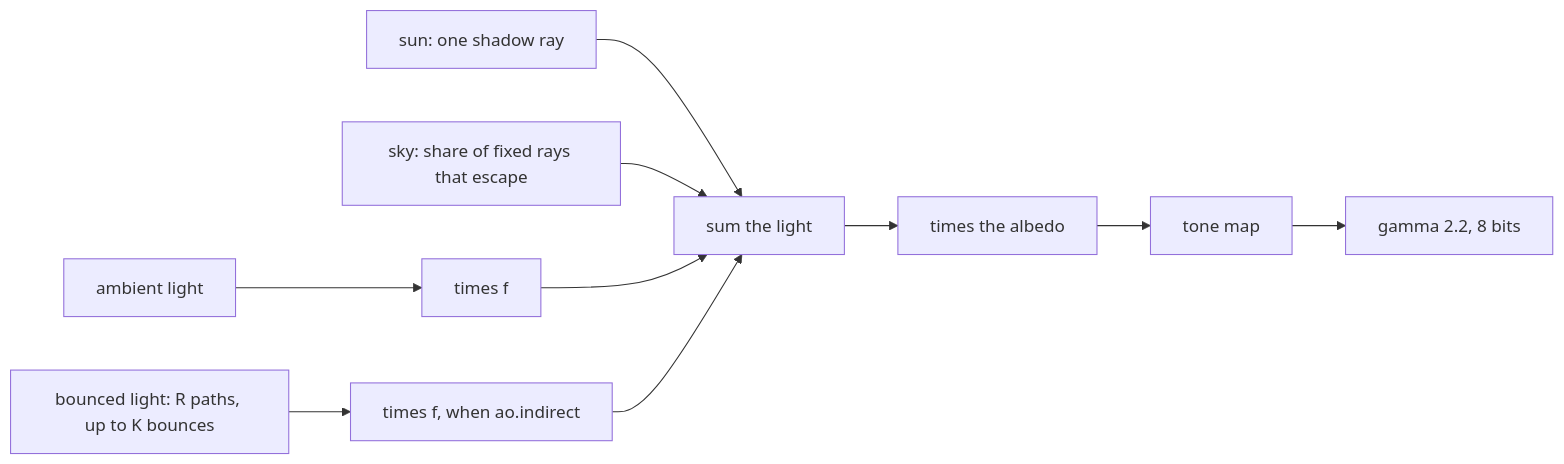
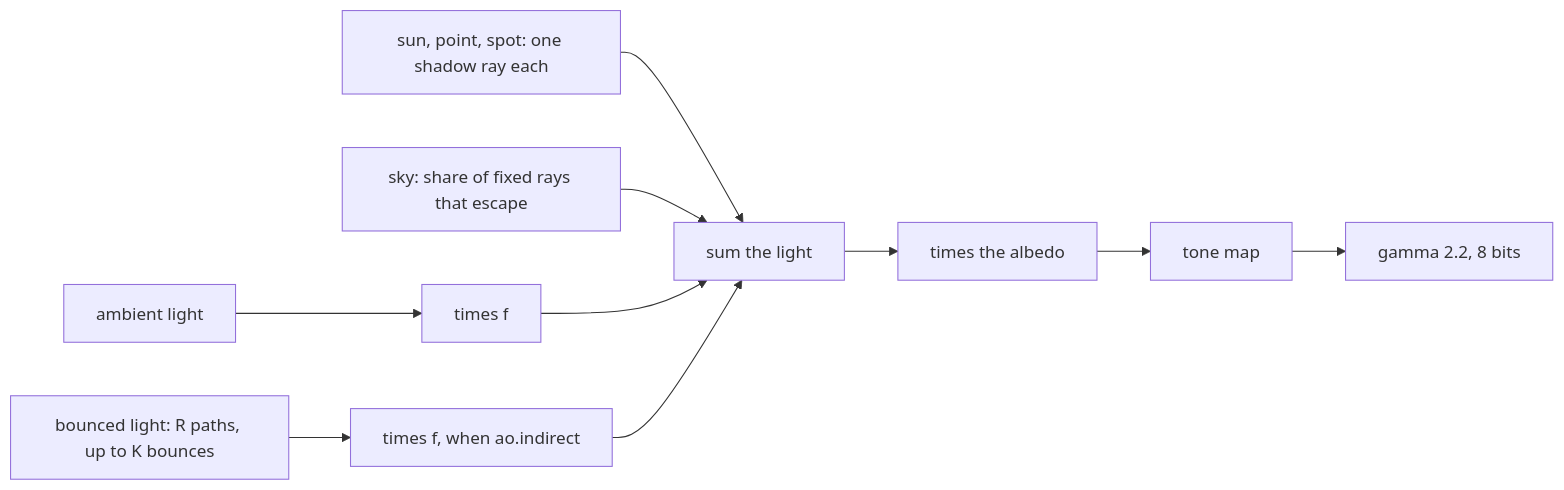
The diagram in docs/render/offline/Bake-Method.md (jose-villegas/autana), drawn with Mermaid before and after one commit. The commit also changed other lines of this file and 3 other files, not shown here.

Commit message:
docs: point and spot lights in Scene-Files, Bake-Method and SH-Probes; cite KHR_lights_punctual and Karis 2013 (ifnoq.1)

````diff
--- a/docs/render/offline/Bake-Method.md
+++ b/docs/render/offline/Bake-Method.md
@@ -10,8 +10,8 @@
 ```mermaid
 flowchart LR
-    Sun["sun: one shadow ray"] --> Sum
+    Sun["sun, point, spot: one shadow ray each"] --> Sum
     Sky["sky: share of fixed rays that escape"] --> Sum
     Ambient["ambient light"] --> AO1["times f"] --> Sum
     Bounce["bounced light: R paths, up to K bounces"] --> AO2["times f, when ao.indirect"] --> Sum
     Sum["sum the light"] --> Albedo["times the albedo"] --> Tone["tone map"] --> Encode["gamma 2.2, 8 bits"]
 ```
````
